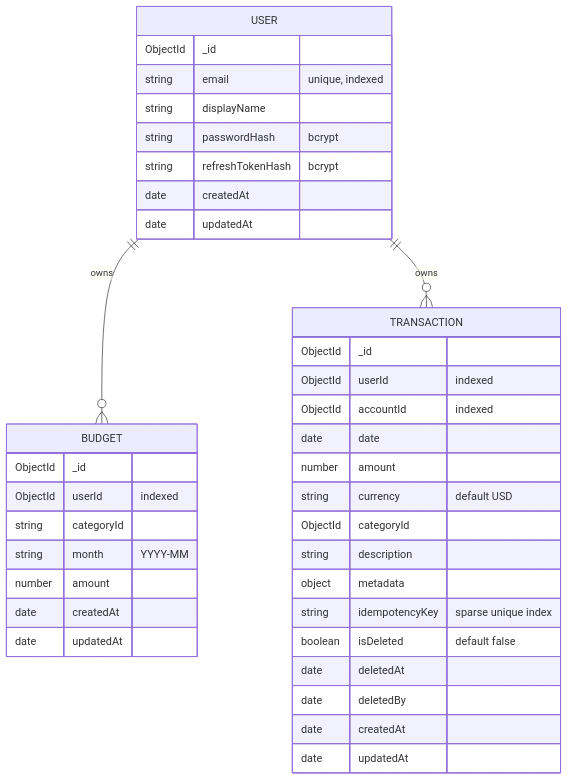
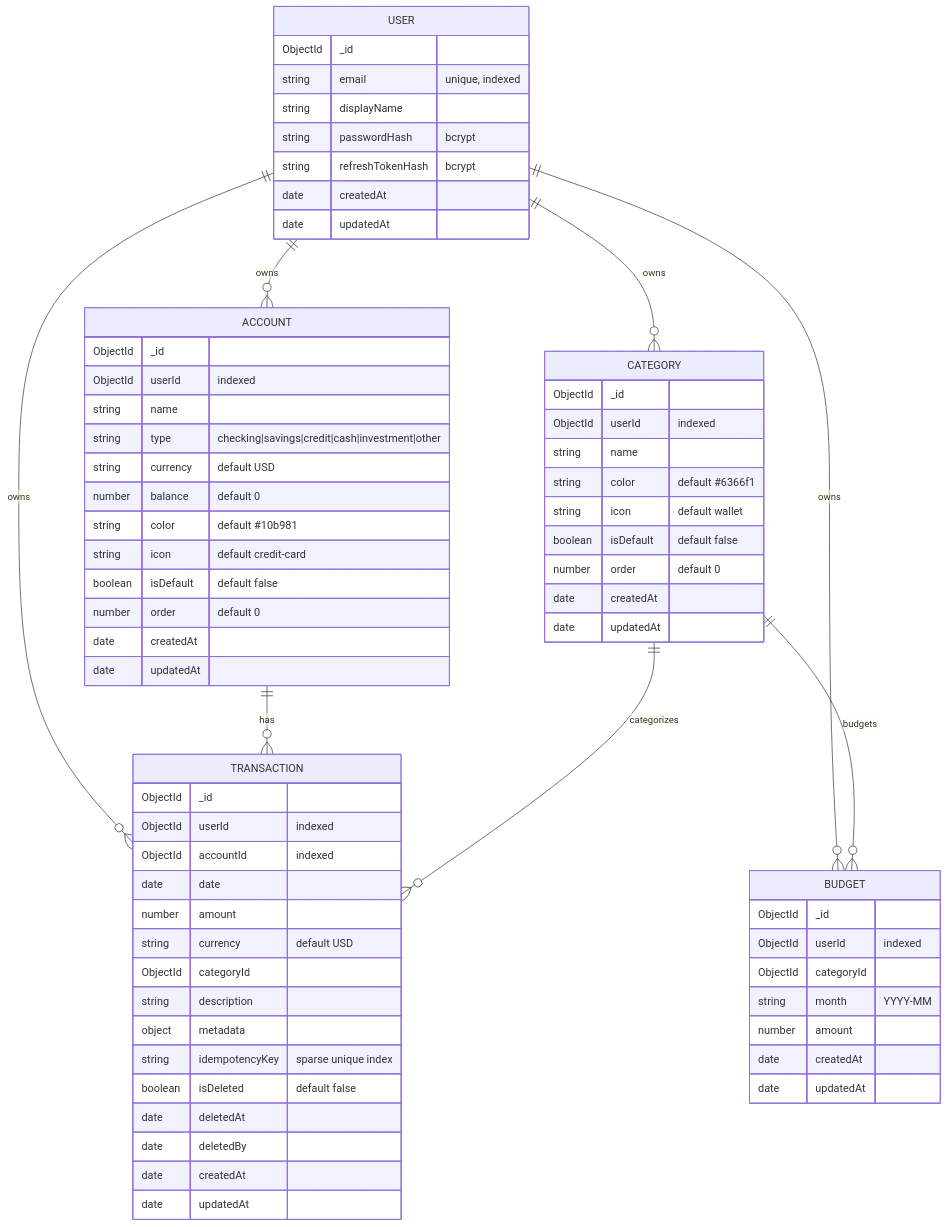
The third of 4 diagrams in README.md (Colin-Stark/personal_budget), drawn with Mermaid before and after one commit. The commit also changed other lines of this file and 13 other files, not shown here.

````diff
--- a/README.md
+++ b/README.md
@@ -137,43 +172,75 @@
 ```mermaid
 erDiagram
     USER {
         ObjectId _id
         string email "unique, indexed"
         string displayName
         string passwordHash "bcrypt"
         string refreshTokenHash "bcrypt"
         date createdAt
         date updatedAt
     }
 
+    ACCOUNT {
+        ObjectId _id
+        ObjectId userId "indexed"
+        string name
+        string type "checking|savings|credit|cash|investment|other"
+        string currency "default USD"
+        number balance "default 0"
+        string color "default #10b981"
+        string icon "default credit-card"
+        boolean isDefault "default false"
+        number order "default 0"
+        date createdAt
+        date updatedAt
+    }
+
+    CATEGORY {
+        ObjectId _id
+        ObjectId userId "indexed"
+        string name
+        string color "default #6366f1"
+        string icon "default wallet"
+        boolean isDefault "default false"
+        number order "default 0"
+        date createdAt
+        date updatedAt
+    }
+
     BUDGET {
         ObjectId _id
         ObjectId userId "indexed"
-        string categoryId
+        ObjectId categoryId
         string month "YYYY-MM"
         number amount
         date createdAt
         date updatedAt
     }
 
     TRANSACTION {
         ObjectId _id
         ObjectId userId "indexed"
         ObjectId accountId "indexed"
         date date
         number amount
         string currency "default USD"
         ObjectId categoryId
         string description
         object metadata
         string idempotencyKey "sparse unique index"
         boolean isDeleted "default false"
         date deletedAt
         date deletedBy
         date createdAt
         date updatedAt
     }
 
+    USER ||--o{ ACCOUNT : "owns"
+    USER ||--o{ CATEGORY : "owns"
     USER ||--o{ BUDGET : "owns"
     USER ||--o{ TRANSACTION : "owns"
+    ACCOUNT ||--o{ TRANSACTION : "has"
+    CATEGORY ||--o{ TRANSACTION : "categorizes"
+    CATEGORY ||--o{ BUDGET : "budgets"
 ```
````
